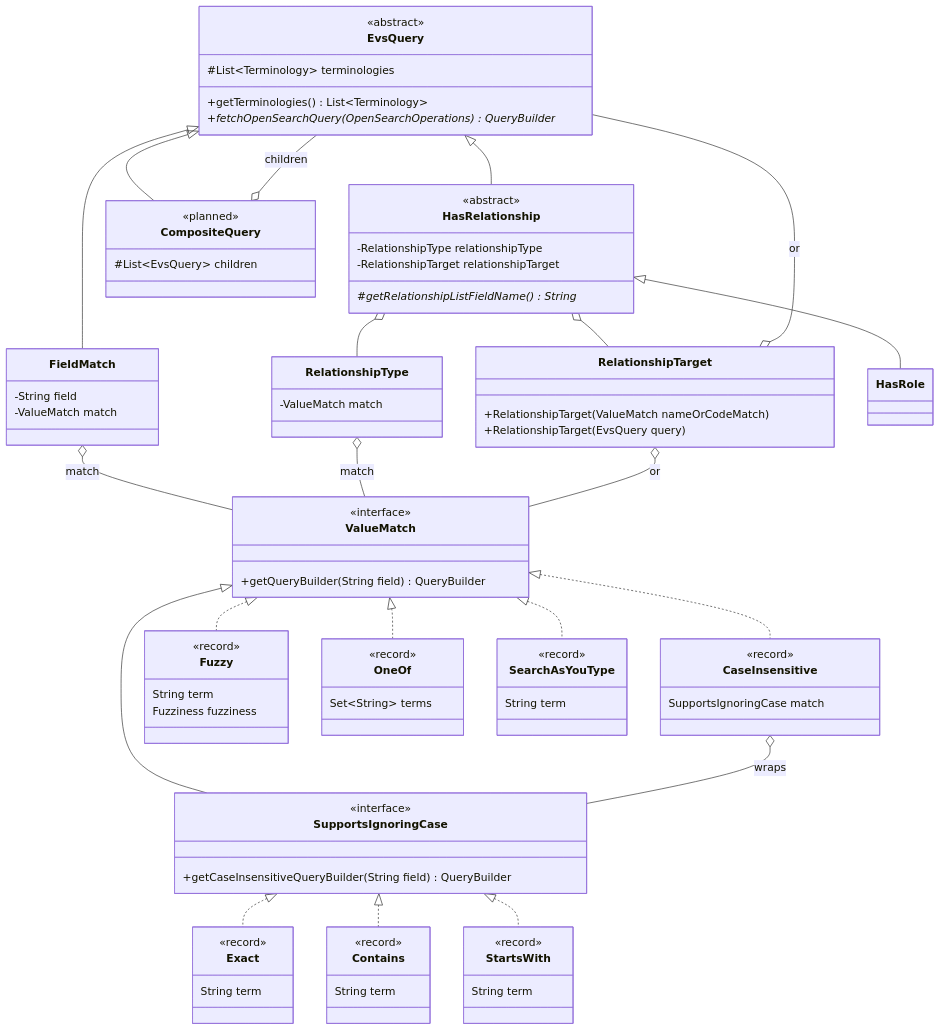
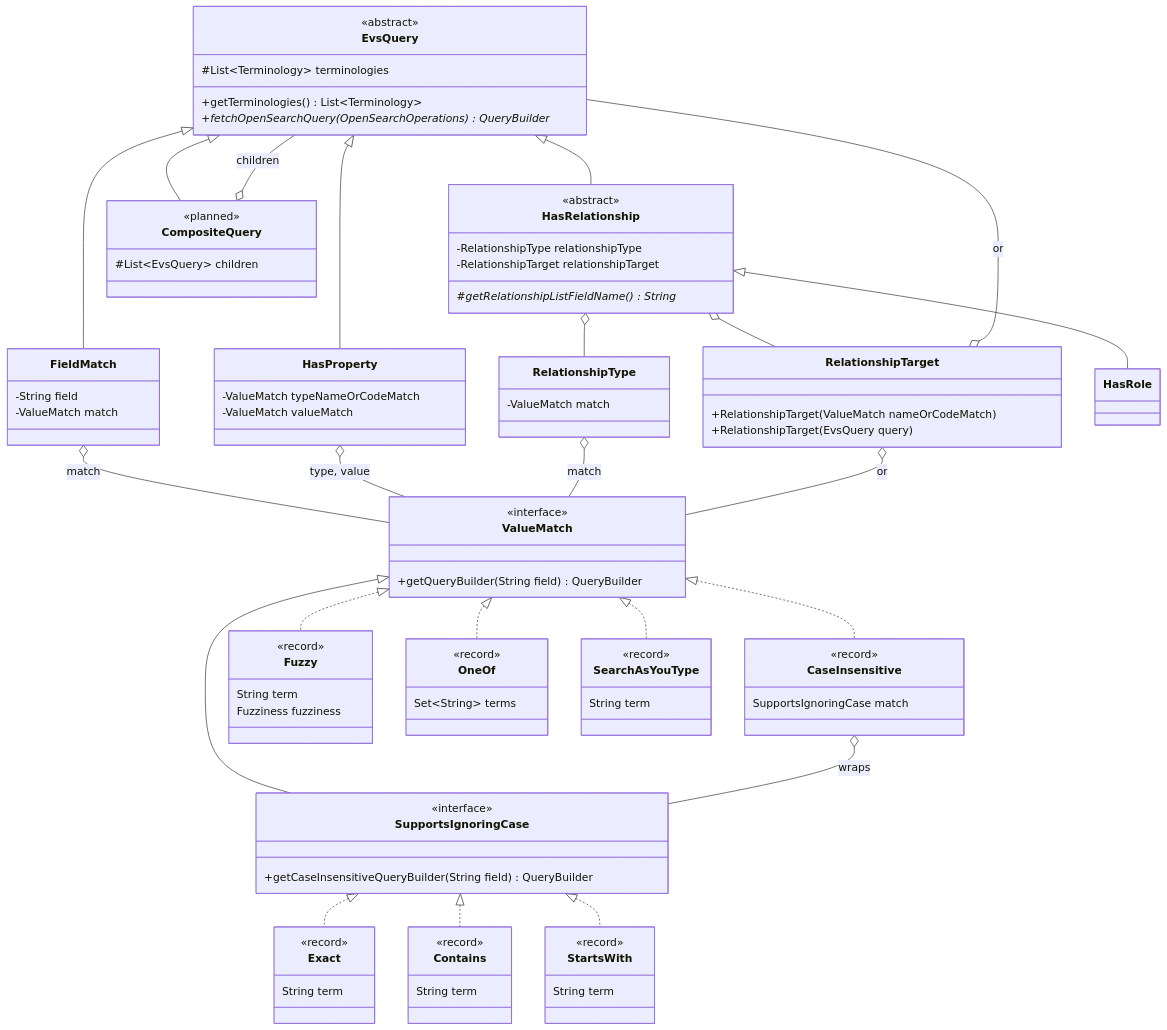
The diagram in src/main/java/gov/nih/nci/evs/api/query/README.md (WestCoastInformatics/evsrestapi), drawn with Mermaid before and after one commit. The commit also changed other lines of this file and 2 other files, not shown here.

Commit message:
Add HasProperty query node matching property type and value on one entry
Replaces the draft Property node, which OR-ed type and value, queried
top-level fields instead of the nested properties list, and passed a null
value into FieldMatch.

```diff
--- a/src/main/java/gov/nih/nci/evs/api/query/README.md
+++ b/src/main/java/gov/nih/nci/evs/api/query/README.md
@@ -72,6 +72,11 @@
     class RelationshipTarget {
         +RelationshipTarget(ValueMatch nameOrCodeMatch)
         +RelationshipTarget(EvsQuery query)
+    }
+
+    class HasProperty {
+        -ValueMatch typeNameOrCodeMatch
+        -ValueMatch valueMatch
     }
 
     class CompositeQuery {
@@ -121,12 +126,14 @@
 
     EvsQuery <|-- FieldMatch
     EvsQuery <|-- HasRelationship
+    EvsQuery <|-- HasProperty
     EvsQuery <|-- CompositeQuery
     HasRelationship <|-- HasRole
     CompositeQuery o-- EvsQuery : children
     FieldMatch o-- ValueMatch : match
     HasRelationship o-- RelationshipType
     HasRelationship o-- RelationshipTarget
+    HasProperty o-- ValueMatch : type, value
     RelationshipType o-- ValueMatch : match
     RelationshipTarget o-- ValueMatch : or
     RelationshipTarget o-- EvsQuery : or
```
